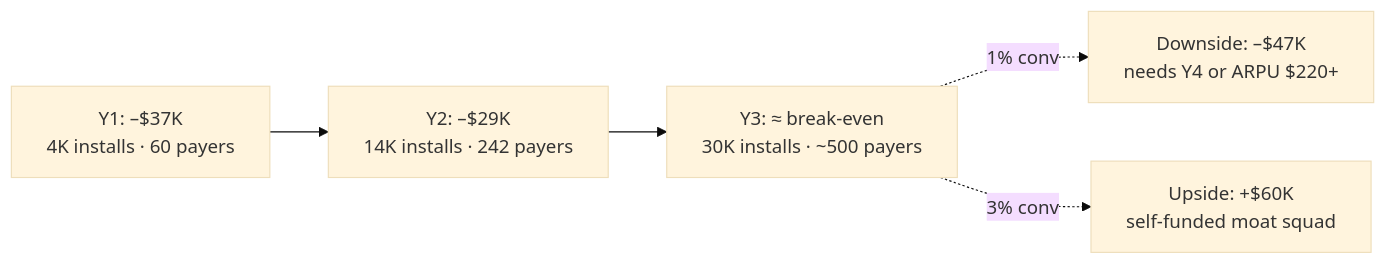
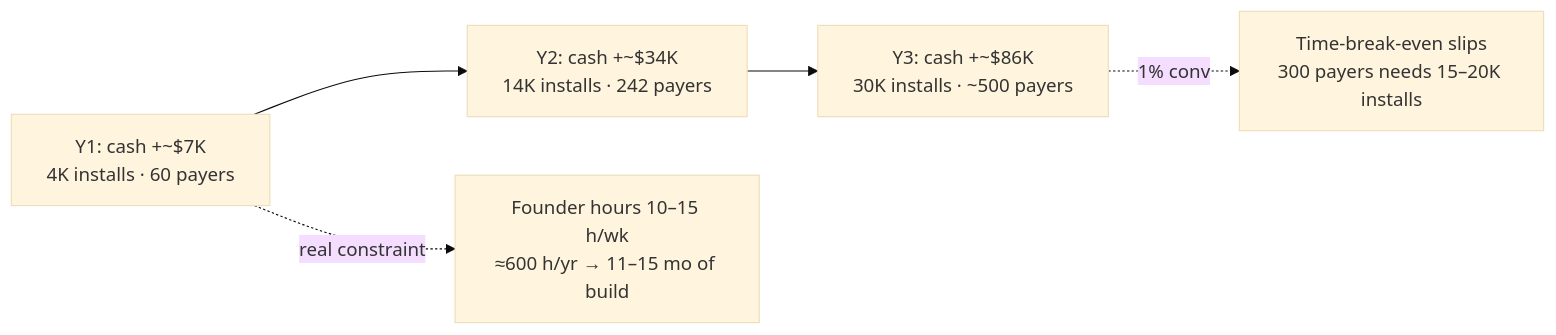
One commit to sakib3201/smooth-restaurant changed the second of 2 diagrams in smooth-restuarant/13-business-plan.md. Above: the diagram before and after it, drawn with Mermaid (base theme). The commit also changed other lines of this file and 17 other files, not shown here.

````diff
--- a/smooth-restuarant/13-business-plan.md
+++ b/smooth-restuarant/13-business-plan.md
@@ -121,7 +139,7 @@
 ```mermaid
 flowchart LR
-    Y1["Y1: –$37K<br/>4K installs · 60 payers"] --> Y2["Y2: –$29K<br/>14K installs · 242 payers"]
-    Y2 --> Y3["Y3: ≈ break-even<br/>30K installs · ~500 payers"]
-    Y3 -.->|1% conv| DOWN["Downside: –$47K<br/>needs Y4 or ARPU $220+"]
-    Y3 -.->|3% conv| UP["Upside: +$60K<br/>self-funded moat squad"]
+    Y1["Y1: cash +~$7K<br/>4K installs · 60 payers"] --> Y2["Y2: cash +~$34K<br/>14K installs · 242 payers"]
+    Y2 --> Y3["Y3: cash +~$86K<br/>30K installs · ~500 payers"]
+    Y1 -.->|real constraint| H["Founder hours 10–15 h/wk<br/>≈600 h/yr → 11–15 mo of build"]
+    Y3 -.->|1% conv| DOWN["Time-break-even slips<br/>300 payers needs 15–20K installs"]
 ```
````
